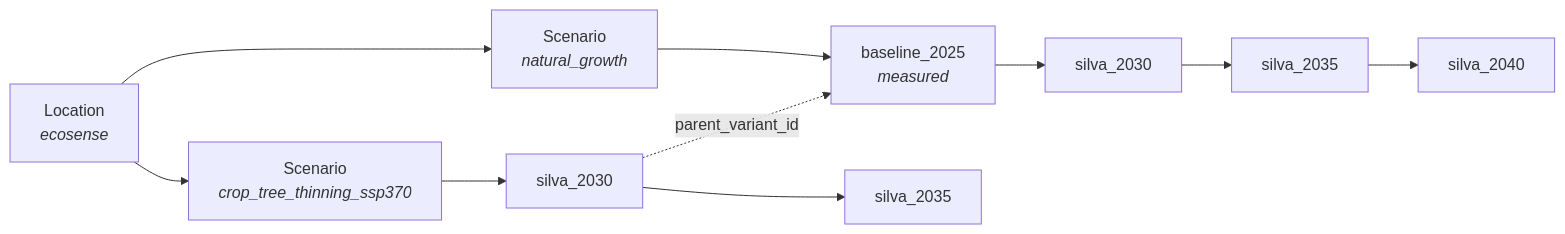
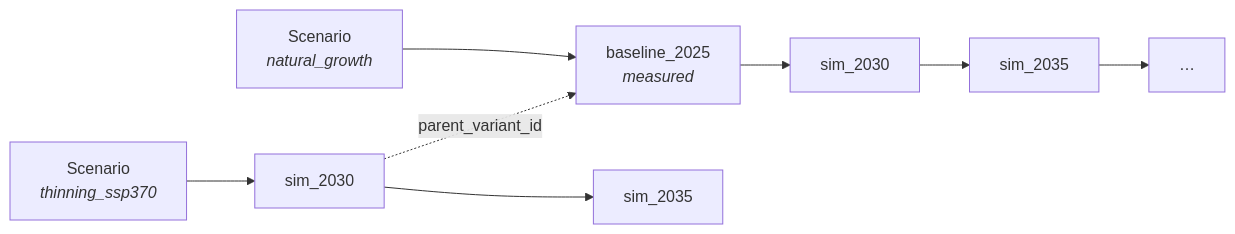
Before and after one commit to XRFutureForests/digital-twin-db: the second of 3 diagrams in README.md, drawn with Mermaid. The commit also changed other lines of this file and 1 other file, not shown here.

First line of the commit message:
README: a single-tree inventory database for forest digital twins, architecture first

````diff
--- a/README.md
+++ b/README.md
@@ -48,8 +43,6 @@
 ```mermaid
 flowchart LR
-    L["Location<br/><i>ecosense</i>"] --> S1["Scenario<br/><i>natural_growth</i>"]
-    L --> S2["Scenario<br/><i>crop_tree_thinning_ssp370</i>"]
-    S1 --> V1["baseline_2025<br/><i>measured</i>"] --> V2["silva_2030"] --> V3["silva_2035"] --> V4["silva_2040"]
-    S2 --> W1["silva_2030"] --> W2["silva_2035"]
+    S1["Scenario<br/><i>natural_growth</i>"] --> V1["baseline_2025<br/><i>measured</i>"] --> V2["sim_2030"] --> V3["sim_2035"] --> V4["…"]
+    S2["Scenario<br/><i>thinning_ssp370</i>"] --> W1["sim_2030"] --> W2["sim_2035"]
     W1 -. "parent_variant_id" .-> V1
 ```
````
